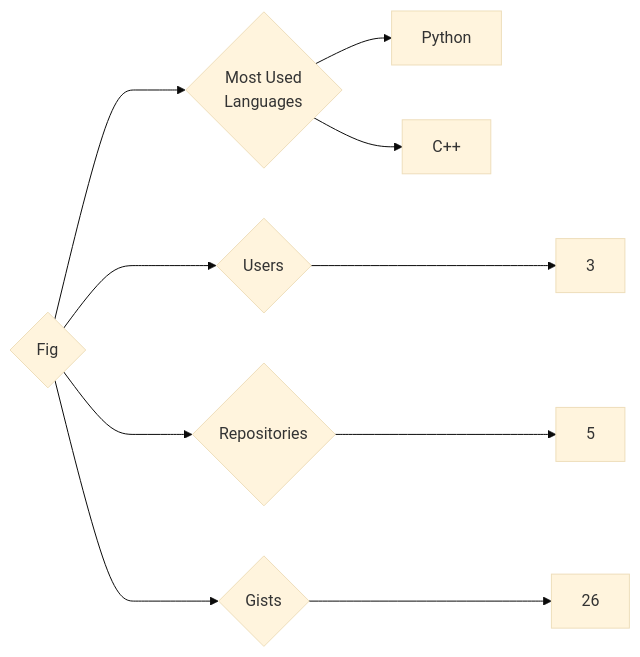
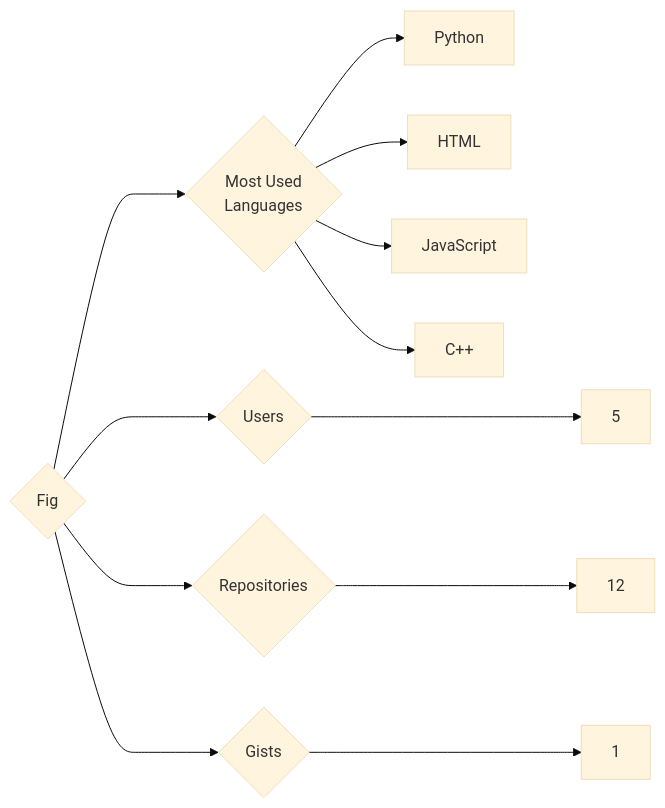
The diagram in targets/Fig/README.md (trickest/insiders), drawn with Mermaid (base theme) before and after one commit. The commit also changed 1023 other files, not shown here.

````diff
--- a/targets/Fig/README.md
+++ b/targets/Fig/README.md
@@ -3,10 +3,12 @@
 ```mermaid
 graph LR
 COMPANY_NAME{Fig}
-COMPANY_NAME ---> U{Users} ---> UN[3]
-COMPANY_NAME ---> R{Repositories} ---> RN[5]
-COMPANY_NAME ---> G{Gists} ---> GN[26]
+COMPANY_NAME ---> U{Users} ---> UN[5]
+COMPANY_NAME ---> R{Repositories} ---> RN[12]
+COMPANY_NAME ---> G{Gists} ---> GN[1]
 COMPANY_NAME ---> ML{Most Used<br>Languages}
 ML --> Python[Python]
+ML --> HTML[HTML]
+ML --> JavaScript[JavaScript]
 ML --> C++[C++]
 ```
````
